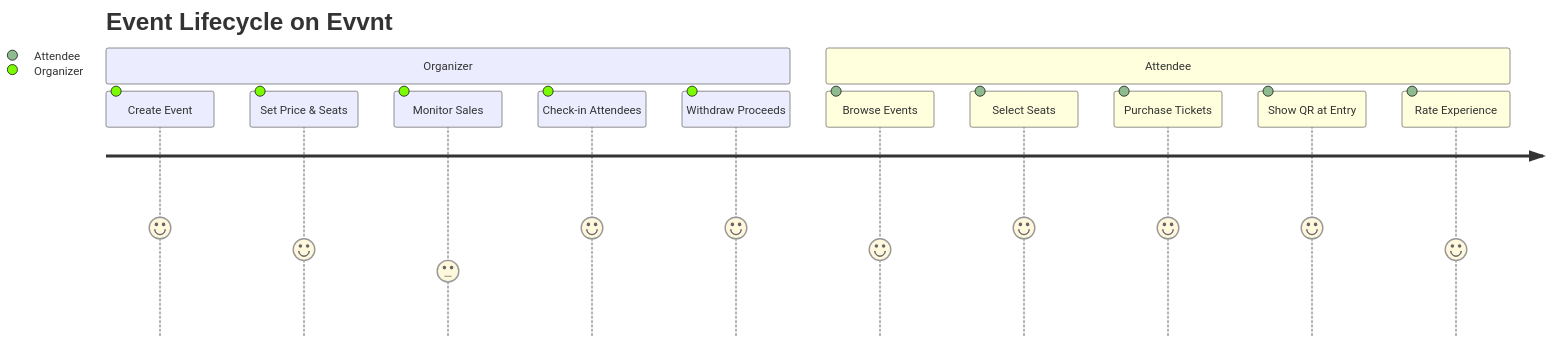
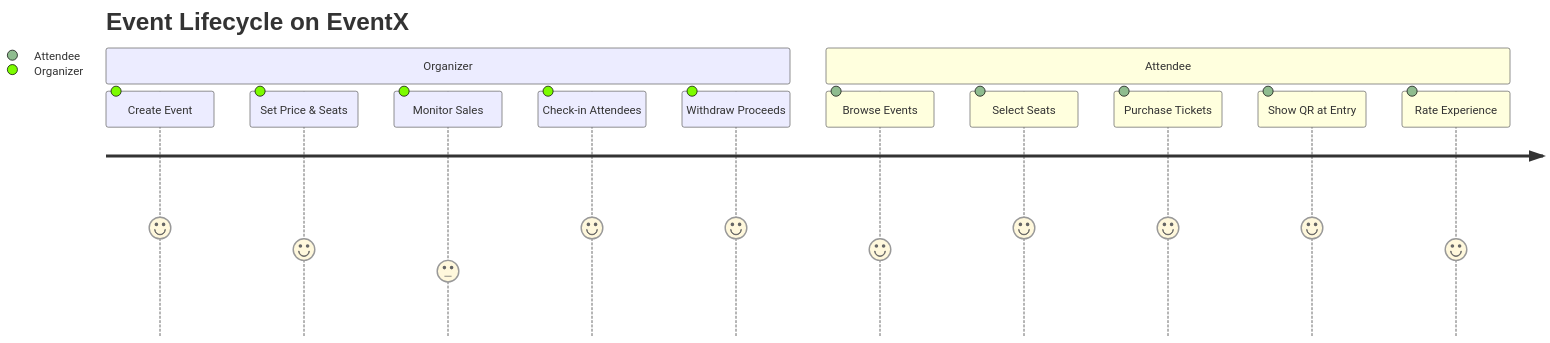
One commit to Web3Baddies/EventX changed the second of 2 diagrams in README.md. Above: the diagram before and after it, drawn with Mermaid. The commit also changed other lines of this file and 19 other files, not shown here.

````diff
--- a/README.md
+++ b/README.md
@@ -137,16 +137,16 @@
 ```mermaid
 journey
-    title Event Lifecycle on Evvnt
+    title Event Lifecycle on EventX
     section Organizer
       Create Event: 5: Organizer
       Set Price & Seats: 4: Organizer
       Monitor Sales: 3: Organizer
       Check-in Attendees: 5: Organizer
       Withdraw Proceeds: 5: Organizer
     section Attendee
       Browse Events: 4: Attendee
       Select Seats: 5: Attendee
       Purchase Tickets: 5: Attendee
       Show QR at Entry: 5: Attendee
       Rate Experience: 4: Attendee
 ```
````
